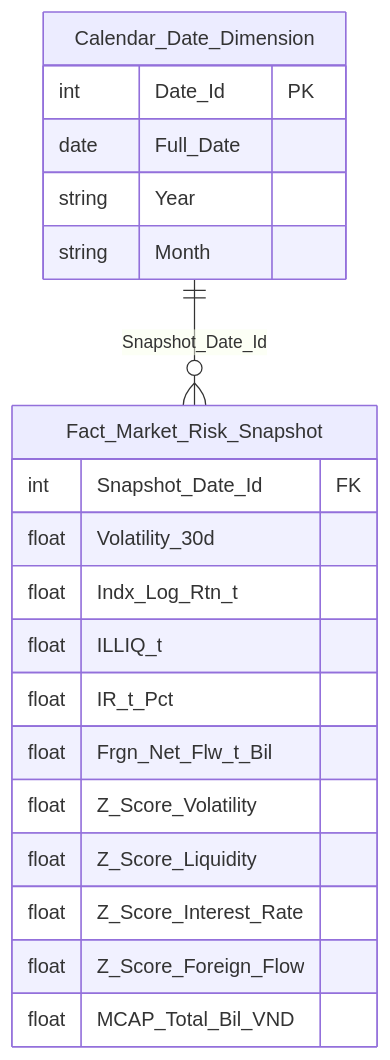
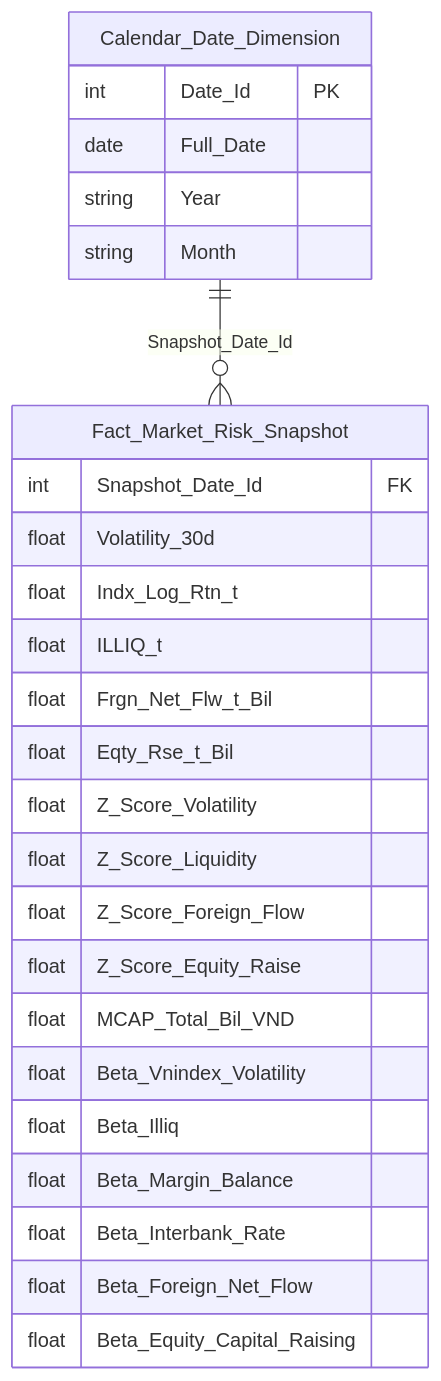
Diagram 13 of 51 in Datamart/hld/DTM_PTTT_HLD.md (linhlvit/ubck_atomic_design), drawn with Mermaid before and after one commit. The commit also changed other lines of this file and 11 other files, not shown here.

````diff
--- a/Datamart/hld/DTM_PTTT_HLD.md
+++ b/Datamart/hld/DTM_PTTT_HLD.md
@@ -567,23 +554,29 @@
 ```mermaid
 erDiagram
     Fact_Market_Risk_Snapshot {
         int Snapshot_Date_Id FK
         float Volatility_30d
         float Indx_Log_Rtn_t
         float ILLIQ_t
-        float IR_t_Pct
         float Frgn_Net_Flw_t_Bil
+        float Eqty_Rse_t_Bil
         float Z_Score_Volatility
         float Z_Score_Liquidity
-        float Z_Score_Interest_Rate
         float Z_Score_Foreign_Flow
+        float Z_Score_Equity_Raise
         float MCAP_Total_Bil_VND
+        float Beta_Vnindex_Volatility
+        float Beta_Illiq
+        float Beta_Margin_Balance
+        float Beta_Interbank_Rate
+        float Beta_Foreign_Net_Flow
+        float Beta_Equity_Capital_Raising
     }
     Calendar_Date_Dimension {
         int Date_Id PK
         date Full_Date
         string Year
         string Month
     }
     Calendar_Date_Dimension ||--o{ Fact_Market_Risk_Snapshot : "Snapshot_Date_Id"
 ```
````
